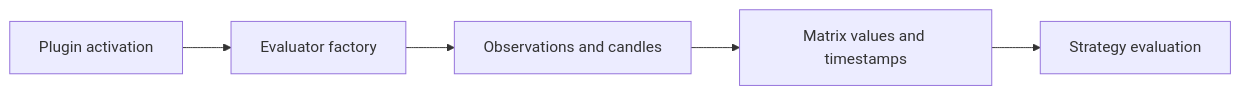
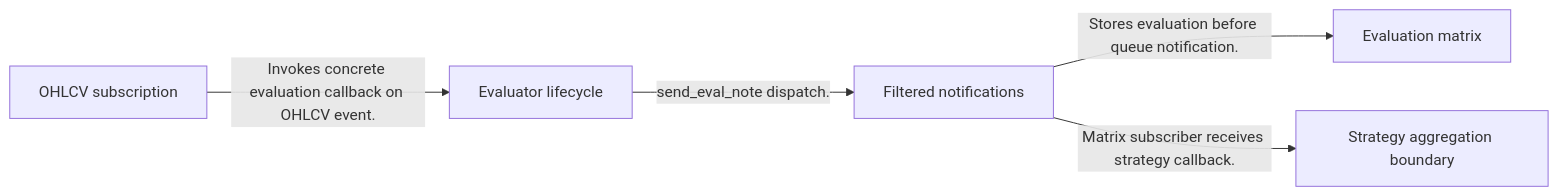
Before and after one commit to alexcwyu/OctoBot-Evaluators: the first of 4 diagrams in docs/ayu-develop.md, drawn with Mermaid. The commit also changed other lines of this file and 7 other files, not shown here.

Commit message:
docs: standardize source-reviewed system guides and offline diagrams

````diff
--- a/docs/ayu-develop.md
+++ b/docs/ayu-develop.md
@@ -10,12 +67,12 @@
 ```mermaid
 flowchart LR
-  A0["Plugin activation"]
-  A1["Evaluator factory"]
-  A2["Observations and candles"]
-  A3["Matrix values and timestamps"]
-  A4["Strategy evaluation"]
-  A0 --> A1
-  A1 --> A2
-  A2 --> A3
-  A3 --> A4
+  N0["Evaluator lifecycle"]
+  N1["OHLCV subscription"]
+  N2["Strategy aggregation boundary"]
+  N3["Evaluation matrix"]
+  N4["Filtered notifications"]
+  N1 -->|"Invokes concrete evaluation callback on OHLCV event."| N0
+  N0 -->|"send_eval_note dispatch."| N4
+  N4 -->|"Stores evaluation before queue notification."| N3
+  N4 -->|"Matrix subscriber receives strategy callback."| N2
 ```
````
